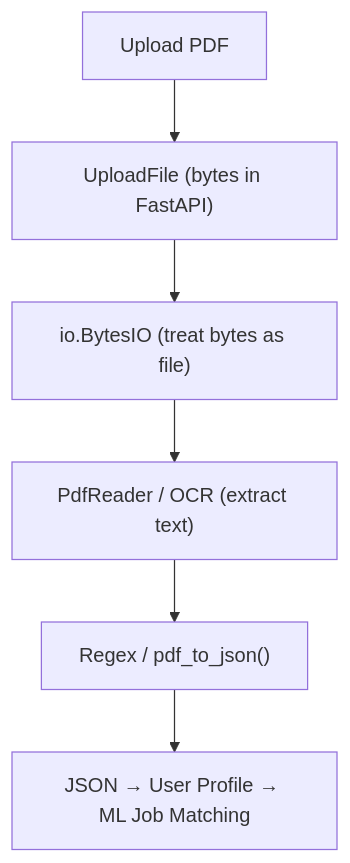
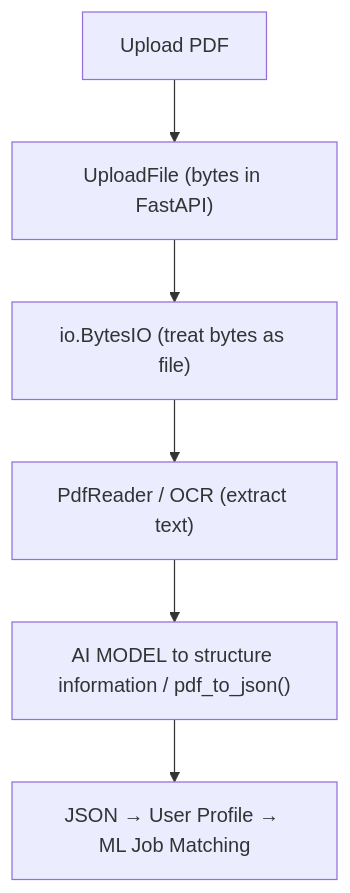
Before and after one commit to 16A9DA/Job-Finder: the diagram in README.MD, drawn with Mermaid. The commit also changed other lines of this file and 1 other file, not shown here.

````diff
--- a/README.MD
+++ b/README.MD
@@ -25,8 +25,8 @@
 ```mermaid
 flowchart TD
     A["Upload PDF"] --> B["UploadFile (bytes in FastAPI)"]
     B --> C["io.BytesIO (treat bytes as file)"]
     C --> D["PdfReader / OCR (extract text)"]
-    D --> E["Regex / pdf_to_json()"]
+    D --> E["AI MODEL to structure information / pdf_to_json()"]
     E --> F["JSON → User Profile → ML Job Matching"]
 ```
````
